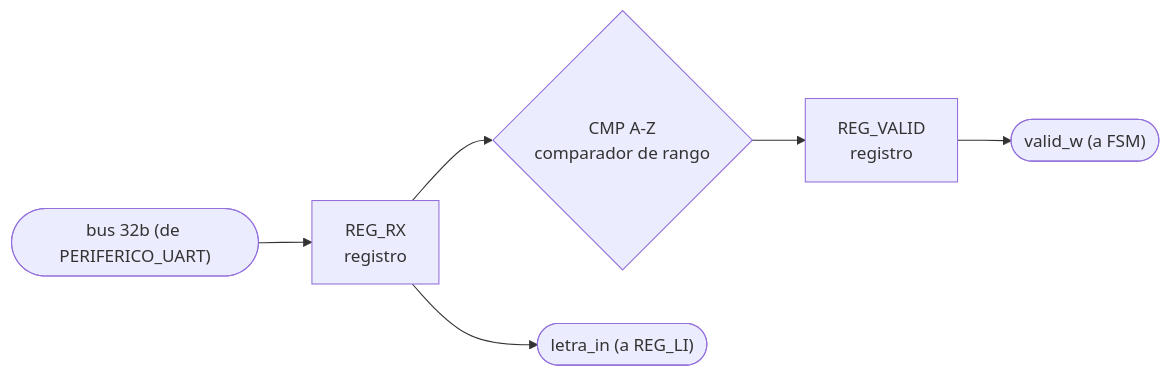
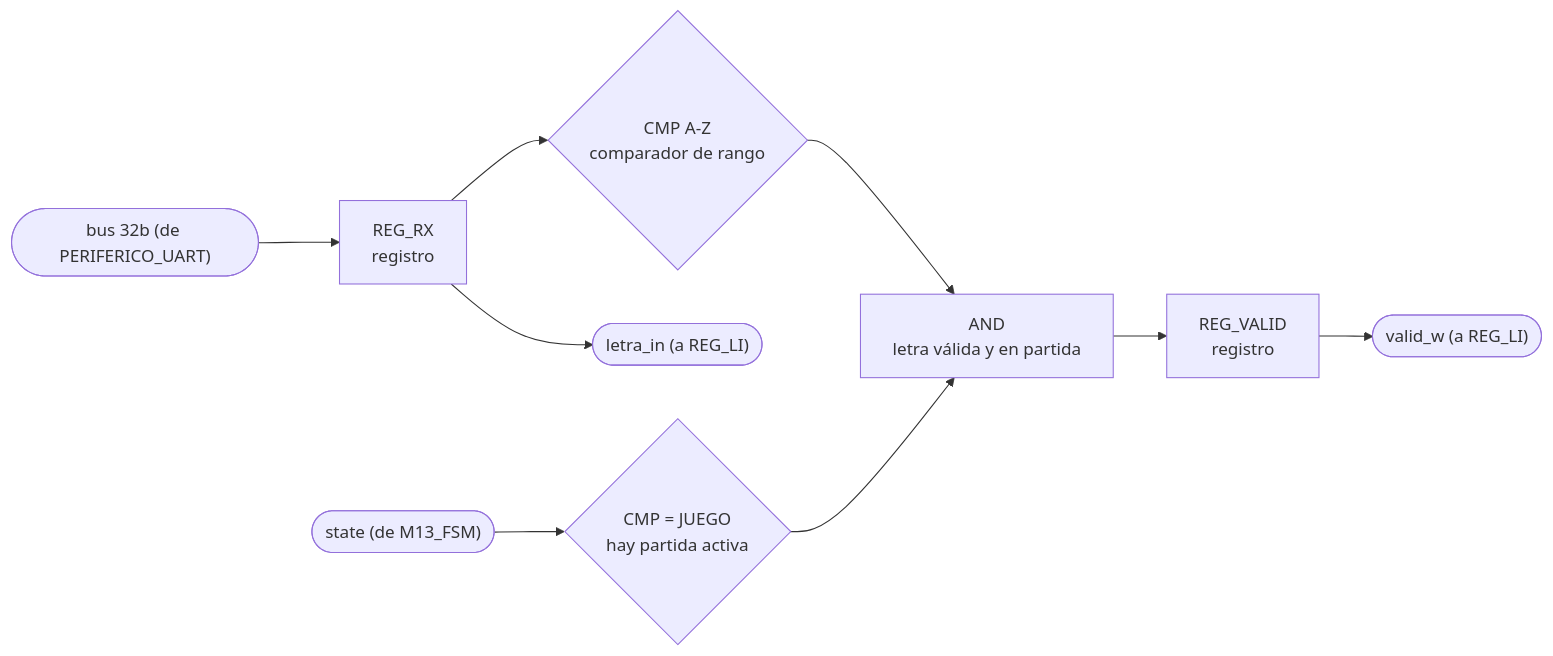
One commit to Taller-de-diseno-digital-GR01/Proyecto-2-Ahorcado changed diagram 11 of 14 in docs/diseño/diagramas/nivel03.md. Above: the diagram before and after it, drawn with Mermaid. The commit also changed other lines of this file and 1 other file, not shown here.

Commit message:
nivel03: agregar M13_FSM, los demas modulos ahora decodifican state

````diff
--- a/docs/diseño/diagramas/nivel03.md
+++ b/docs/diseño/diagramas/nivel03.md
@@ -426,8 +465,11 @@
 ```mermaid
 flowchart LR
     IN_BUS(["bus 32b (de PERIFERICO_UART)"]) --> REG_RX["REG_RX<br/>registro"]
     REG_RX --> CMP1{"CMP A-Z<br/>comparador de rango"}
-    CMP1 --> REG_VALID["REG_VALID<br/>registro"]
+    IN_STATE(["state (de M13_FSM)"]) --> CMP_JUEGO{"CMP = JUEGO<br/>hay partida activa"}
+    CMP1 --> AND1["AND<br/>letra válida y en partida"]
+    CMP_JUEGO --> AND1
+    AND1 --> REG_VALID["REG_VALID<br/>registro"]
     REG_RX --> OUT_LETRA(["letra_in (a REG_LI)"])
-    REG_VALID --> OUT_VALIDW(["valid_w (a FSM)"])
+    REG_VALID --> OUT_VALIDW(["valid_w (a REG_LI)"])
 ```
````
